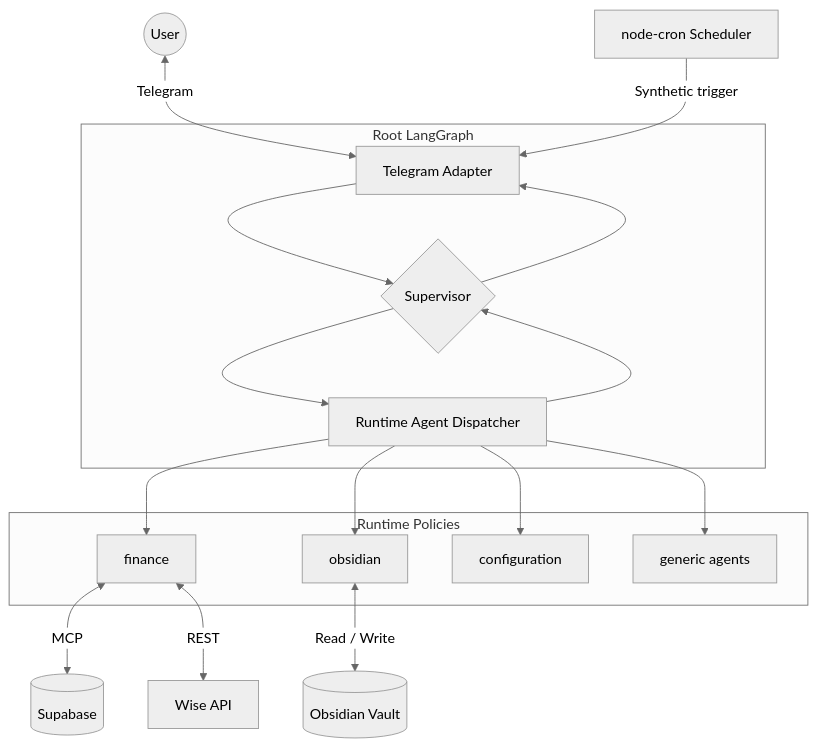
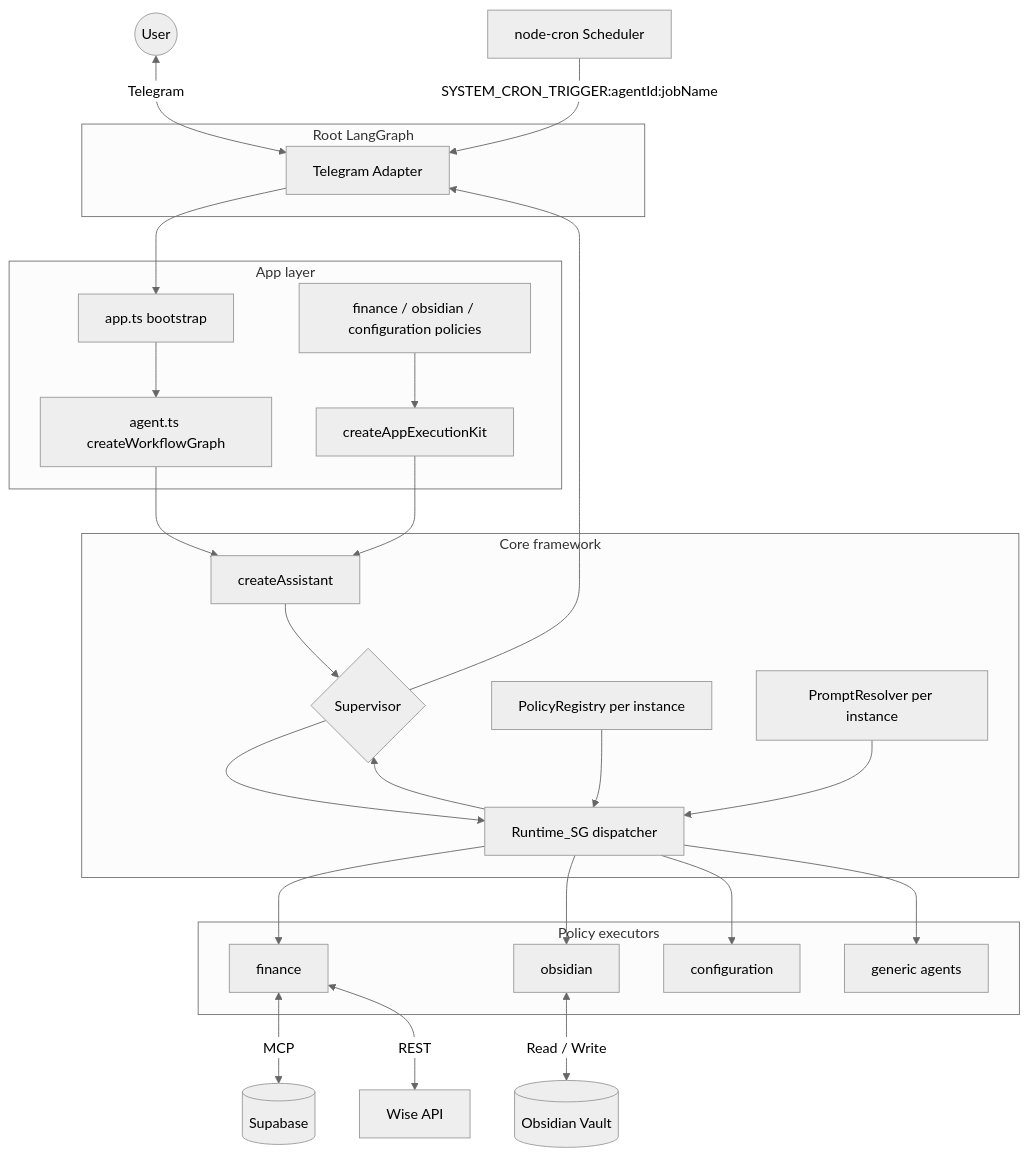
Before and after one commit to slnnzmtl/langgraph-personal-assistant: the diagram in README.md, drawn with Mermaid (neutral theme). The commit also changed other lines of this file and 78 other files, not shown here.

Commit message:
refactor: migration on reusable architecture

````diff
--- a/README.md
+++ b/README.md
@@ -7,23 +9,44 @@
 ```mermaid
 graph TD
     User((User)) <-->|Telegram| Adapter[Telegram Adapter]
-    Cron[node-cron Scheduler] -->|Synthetic trigger| Adapter
+    Cron[node-cron Scheduler] -->|SYSTEM_CRON_TRIGGER:agentId:jobName| Adapter
+
+    subgraph AppLayer [App layer]
+        AppTS[app.ts bootstrap]
+        AgentTS[agent.ts createWorkflowGraph]
+        AppKit[createAppExecutionKit]
+        AppPolicies[finance / obsidian / configuration policies]
+    end
+
+    subgraph CoreFramework [Core framework]
+        CreateAssistant[createAssistant]
+        Supervisor{Supervisor}
+        Dispatcher[Runtime_SG dispatcher]
+        PolicyRegistry[PolicyRegistry per instance]
+        PromptResolver[PromptResolver per instance]
+    end
 
     subgraph RootGraph [Root LangGraph]
-        Adapter --> Supervisor{Supervisor}
-        Supervisor --> Runtime_SG[Runtime Agent Dispatcher]
-        Runtime_SG --> Supervisor
+        Adapter --> AppTS --> AgentTS --> CreateAssistant
+        CreateAssistant --> Supervisor
+        Supervisor --> Dispatcher
+        Dispatcher --> Supervisor
         Supervisor --> Adapter
     end
 
-    subgraph RuntimePolicies [Runtime Policies]
-        Runtime_SG --> FinancePolicy[finance]
-        Runtime_SG --> ObsidianPolicy[obsidian]
-        Runtime_SG --> ConfigurationPolicy[configuration]
-        Runtime_SG --> GenericPolicy[generic agents]
+    AppKit --> CreateAssistant
+    AppPolicies --> AppKit
+    PolicyRegistry --> Dispatcher
+    PromptResolver --> Dispatcher
+
+    subgraph RuntimePolicies [Policy executors]
+        Dispatcher --> FinancePolicy[finance]
+        Dispatcher --> ObsidianPolicy[obsidian]
+        Dispatcher --> ConfigurationPolicy[configuration]
+        Dispatcher --> GenericPolicy[generic agents]
     end
 
     FinancePolicy <-->|MCP| Supabase[(Supabase)]
     FinancePolicy <-->|REST| Wise[Wise API]
     ObsidianPolicy <-->|Read / Write| Vault[(Obsidian Vault)]
 ```
````
